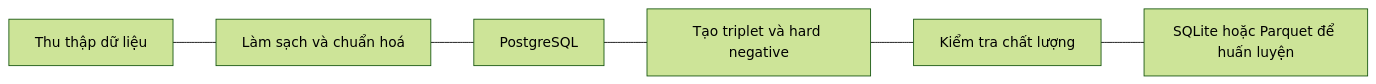
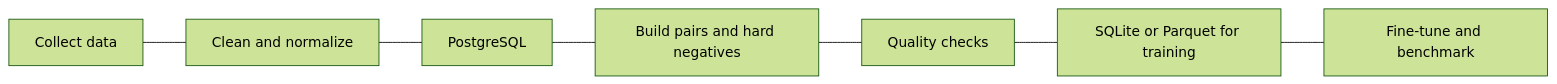
One commit to nhminh107/VietRAG-Embed-E5-Base changed the diagram in README.md. Above: the diagram before and after it, drawn with Mermaid (forest theme). The commit also changed other lines of this file, not shown here.

````diff
--- a/README.md
+++ b/README.md
@@ -5,8 +5,9 @@
 ```mermaid
 flowchart LR
-    A[Thu thập dữ liệu] --- B[Làm sạch và chuẩn hoá]
+    A[Collect data] --- B[Clean and normalize]
     B --- C[PostgreSQL]
-    C --- D[Tạo triplet và hard negative]
-    D --- E[Kiểm tra chất lượng]
-    E --- F[SQLite hoặc Parquet để huấn luyện]
+    C --- D[Build pairs and hard negatives]
+    D --- E[Quality checks]
+    E --- F[SQLite or Parquet for training]
+    F --- G[Fine-tune and benchmark]
 ```
````
